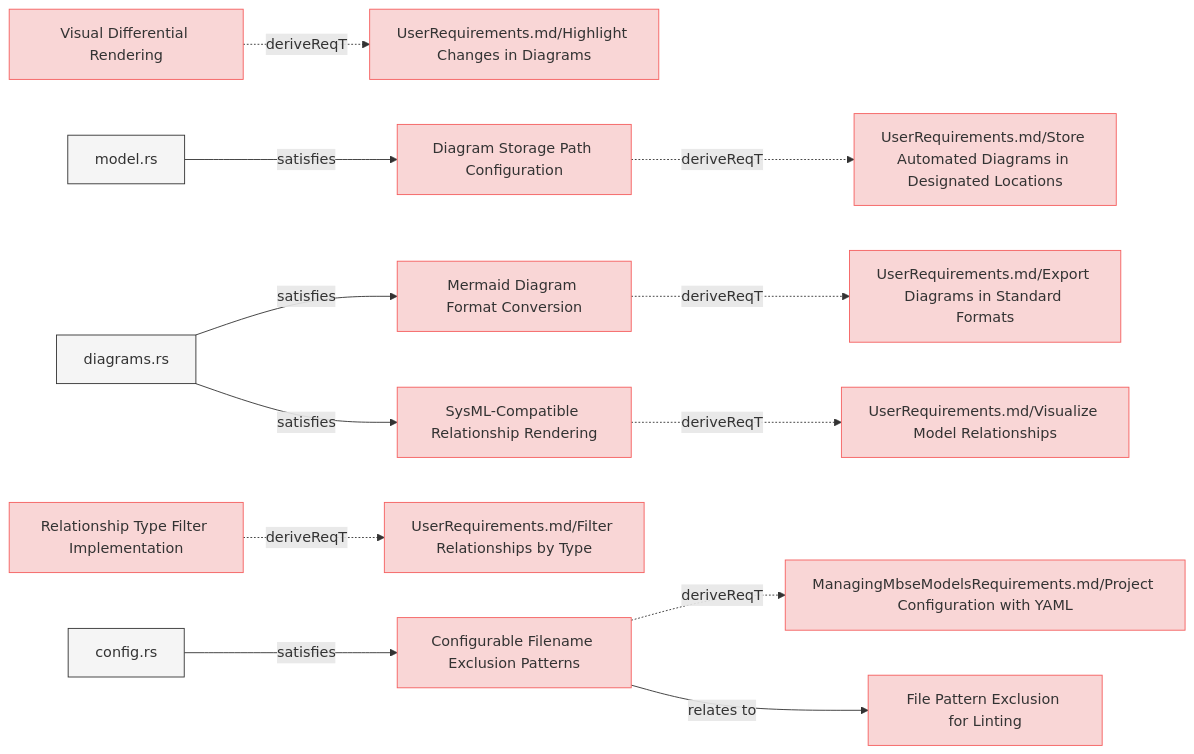
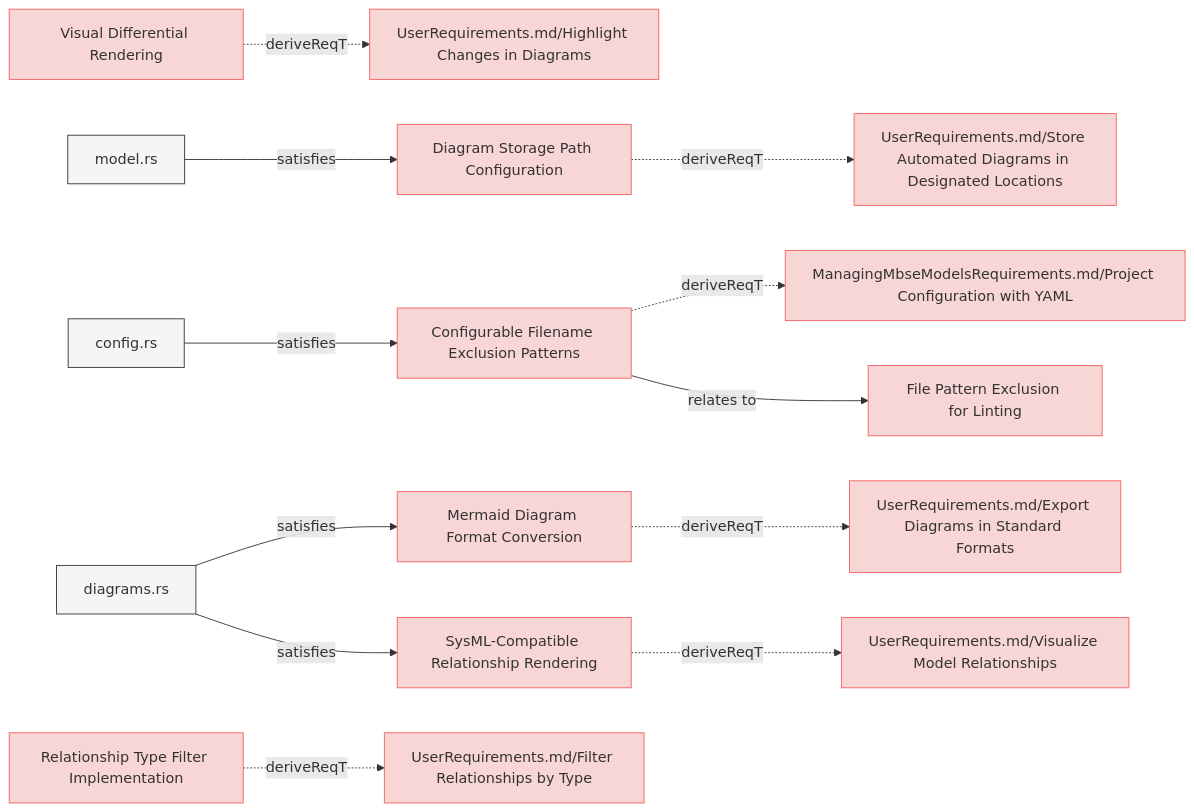
Before and after one commit to reqvire-org/reqvire: the fifth of 8 diagrams in specifications/SystemRequirements/Requirements.md, drawn with Mermaid. The commit also changed other lines of this file and 7 other files, not shown here.

````diff
--- a/specifications/SystemRequirements/Requirements.md
+++ b/specifications/SystemRequirements/Requirements.md
@@ -569,68 +569,68 @@
 ```mermaid
 graph LR;
   %% Graph styling
   classDef requirement fill:#f9d6d6,stroke:#f55f5f,stroke-width:1px;
   classDef verification fill:#d6f9d6,stroke:#5fd75f,stroke-width:1px;
   classDef externalLink fill:#d0e0ff,stroke:#3080ff,stroke-width:1px;
   classDef default fill:#f5f5f5,stroke:#333333,stroke-width:1px;
 
   9860815d52["Visual Differential Rendering"];
   click 9860815d52 "Requirements.md#visual-differential-rendering";
   class 9860815d52 requirement;
   fd7388e379["UserRequirements.md/Highlight Changes in Diagrams"];
   class fd7388e379 requirement;
   click fd7388e379 "../UserRequirements.md#highlight-changes-in-diagrams";
   9860815d52 -.->|deriveReqT| fd7388e379;
   191d27287e["Diagram Storage Path Configuration"];
   click 191d27287e "Requirements.md#diagram-storage-path-configuration";
   class 191d27287e requirement;
   aee397f35b["UserRequirements.md/Store Automated Diagrams in Designated Locations"];
   class aee397f35b requirement;
   click aee397f35b "../UserRequirements.md#store-automated-diagrams-in-designated-locations";
   191d27287e -.->|deriveReqT| aee397f35b;
   6136c216c9["model.rs"];
   class 6136c216c9 default;
   click 6136c216c9 "../../core/src/model.rs";
   6136c216c9 -->|satisfies| 191d27287e;
-  a7ec66314a["Mermaid Diagram Format Conversion"];
-  click a7ec66314a "Requirements.md#mermaid-diagram-format-conversion";
-  class a7ec66314a requirement;
-  10c00a1bd1["UserRequirements.md/Export Diagrams in Standard Formats"];
-  class 10c00a1bd1 requirement;
-  click 10c00a1bd1 "../UserRequirements.md#export-diagrams-in-standard-formats";
-  a7ec66314a -.->|deriveReqT| 10c00a1bd1;
-  d4240e2969["diagrams.rs"];
-  class d4240e2969 default;
-  click d4240e2969 "../../core/src/diagrams.rs";
-  d4240e2969 -->|satisfies| a7ec66314a;
-  1414e7f889["Relationship Type Filter Implementation"];
-  click 1414e7f889 "Requirements.md#relationship-type-filter-implementation";
-  class 1414e7f889 requirement;
-  30d97803eb["UserRequirements.md/Filter Relationships by Type"];
-  class 30d97803eb requirement;
-  click 30d97803eb "../UserRequirements.md#filter-relationships-by-type";
-  1414e7f889 -.->|deriveReqT| 30d97803eb;
   cc8128cae3["Configurable Filename Exclusion Patterns"];
   click cc8128cae3 "Requirements.md#configurable-filename-exclusion-patterns";
   class cc8128cae3 requirement;
   ce24dbacb9["ManagingMbseModelsRequirements.md/Project Configuration with YAML"];
   class ce24dbacb9 requirement;
   click ce24dbacb9 "../ManagingMbseModelsRequirements.md#project-configuration-with-yaml";
   cc8128cae3 -.->|deriveReqT| ce24dbacb9;
   c87fb8d32a["config.rs"];
   class c87fb8d32a default;
   click c87fb8d32a "../../cli/src/config.rs";
   c87fb8d32a -->|satisfies| cc8128cae3;
   45770e9b31["File Pattern Exclusion for Linting"];
   class 45770e9b31 requirement;
   click 45770e9b31 "Requirements.md#file-pattern-exclusion-for-linting";
   cc8128cae3 -->|relates to| 45770e9b31;
+  a7ec66314a["Mermaid Diagram Format Conversion"];
+  click a7ec66314a "Requirements.md#mermaid-diagram-format-conversion";
+  class a7ec66314a requirement;
+  10c00a1bd1["UserRequirements.md/Export Diagrams in Standard Formats"];
+  class 10c00a1bd1 requirement;
+  click 10c00a1bd1 "../UserRequirements.md#export-diagrams-in-standard-formats";
+  a7ec66314a -.->|deriveReqT| 10c00a1bd1;
+  d4240e2969["diagrams.rs"];
+  class d4240e2969 default;
+  click d4240e2969 "../../core/src/diagrams.rs";
+  d4240e2969 -->|satisfies| a7ec66314a;
   c826c1ee7c["SysML-Compatible Relationship Rendering"];
   click c826c1ee7c "Requirements.md#sysml-compatible-relationship-rendering";
   class c826c1ee7c requirement;
   a6a8362836["UserRequirements.md/Visualize Model Relationships"];
   class a6a8362836 requirement;
   click a6a8362836 "../UserRequirements.md#visualize-model-relationships";
   c826c1ee7c -.->|deriveReqT| a6a8362836;
   d4240e2969 -->|satisfies| c826c1ee7c;
+  1414e7f889["Relationship Type Filter Implementation"];
+  click 1414e7f889 "Requirements.md#relationship-type-filter-implementation";
+  class 1414e7f889 requirement;
+  30d97803eb["UserRequirements.md/Filter Relationships by Type"];
+  class 30d97803eb requirement;
+  click 30d97803eb "../UserRequirements.md#filter-relationships-by-type";
+  1414e7f889 -.->|deriveReqT| 30d97803eb;
 ```
````
